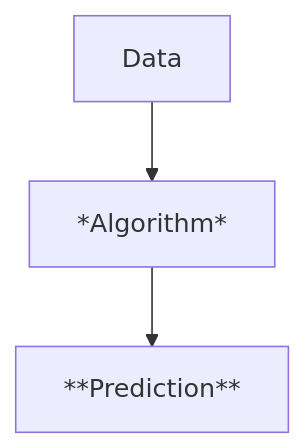
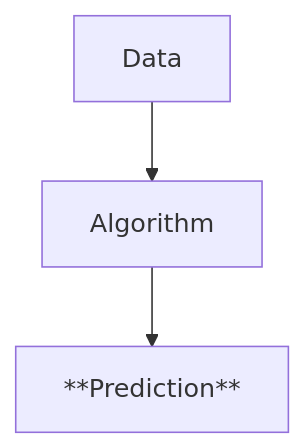
Before and after one commit to mrmatho/7dt-slides: the fifth of 5 diagrams in pages/ai-1.md, drawn with Mermaid. The commit also changed other lines of this file and 8 other files, not shown here.

````diff
--- a/pages/ai-1.md
+++ b/pages/ai-1.md
@@ -252,7 +254,7 @@
 ```mermaid
 
 flowchart TD
-    A[Data] --> B[*Algorithm*]
+    A[Data] --> B[Algorithm]
     B --> C[**Prediction**]
 
 ```
````
